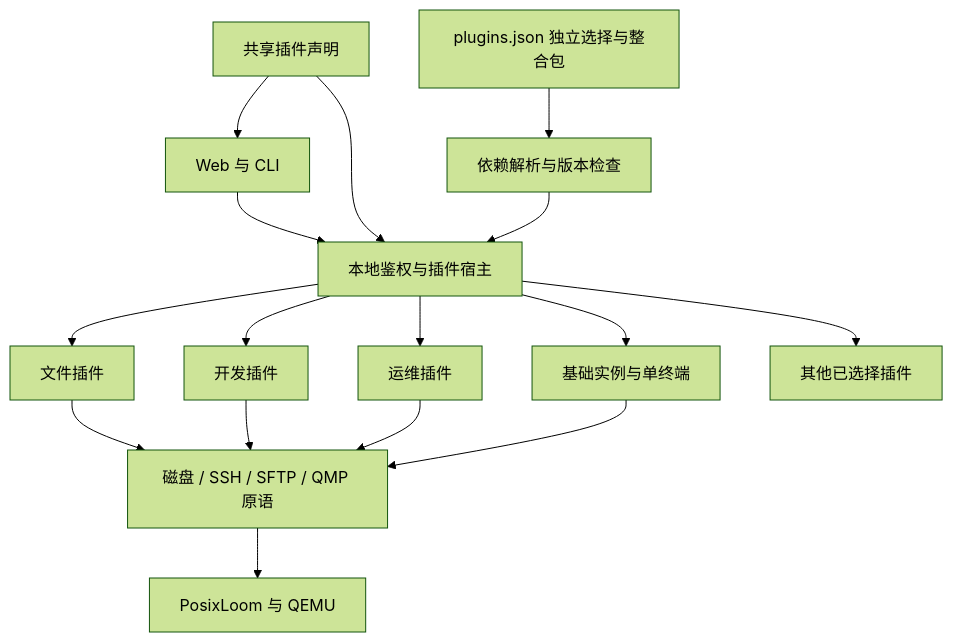
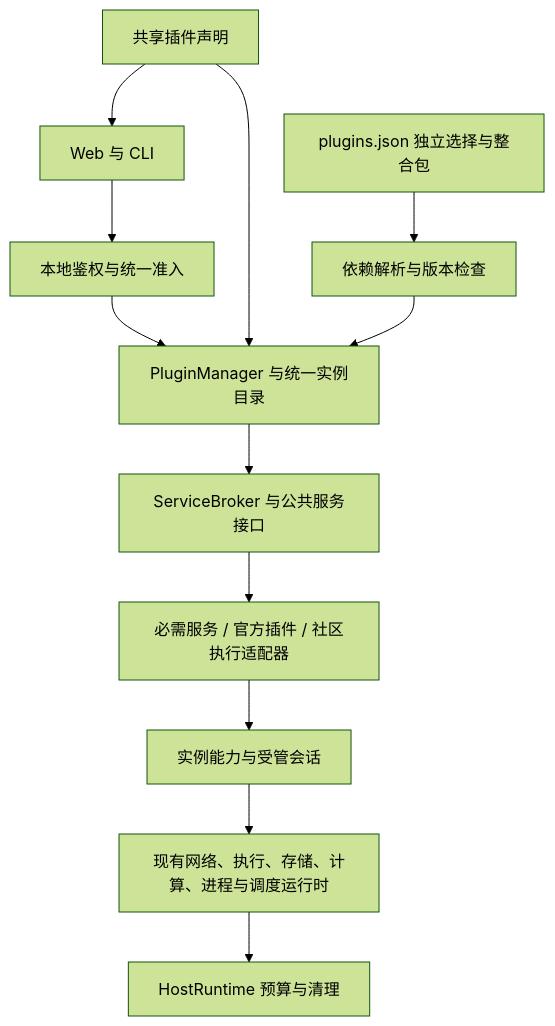
One commit to lyts825/sakura-vm changed the diagram in docs/plugin-architecture.md. Above: the diagram before and after it, drawn with Mermaid (forest theme). The commit also changed other lines of this file and 220 other files, not shown here.

````diff
--- a/docs/plugin-architecture.md
+++ b/docs/plugin-architecture.md
@@ -21,18 +21,14 @@
 ```mermaid
 flowchart TB
-  UI[Web 与 CLI] --> Host[本地鉴权与插件宿主]
+  UI[Web 与 CLI] --> Gateway[本地鉴权与统一准入]
+  Gateway --> Host[PluginManager 与统一实例目录]
   Catalog[共享插件声明] --> UI
   Catalog --> Host
   Selection[plugins.json 独立选择与整合包] --> Resolve[依赖解析与版本检查]
   Resolve --> Host
-  Host --> Base[基础实例与单终端]
-  Host --> Files[文件插件]
-  Host --> Dev[开发插件]
-  Host --> Ops[运维插件]
-  Host --> Other[其他已选择插件]
-  Files --> Primitives[磁盘 / SSH / SFTP / QMP 原语]
-  Dev --> Primitives
-  Ops --> Primitives
-  Base --> Primitives
-  Primitives --> Runtime[PosixLoom 与 QEMU]
+  Host --> Broker[ServiceBroker 与公共服务接口]
+  Broker --> Services[必需服务 / 官方插件 / 社区执行适配器]
+  Services --> Caps[实例能力与受管会话]
+  Caps --> Runtime[现有网络、执行、存储、计算、进程与调度运行时]
+  Runtime --> Resources[HostRuntime 预算与清理]
 ```
````
